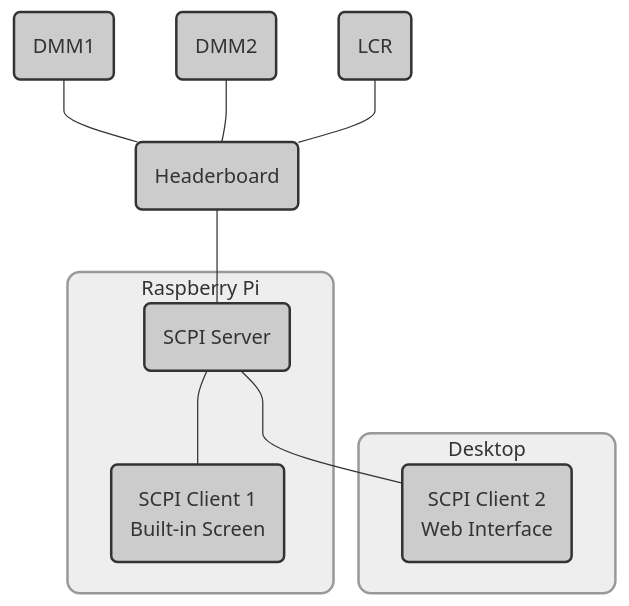
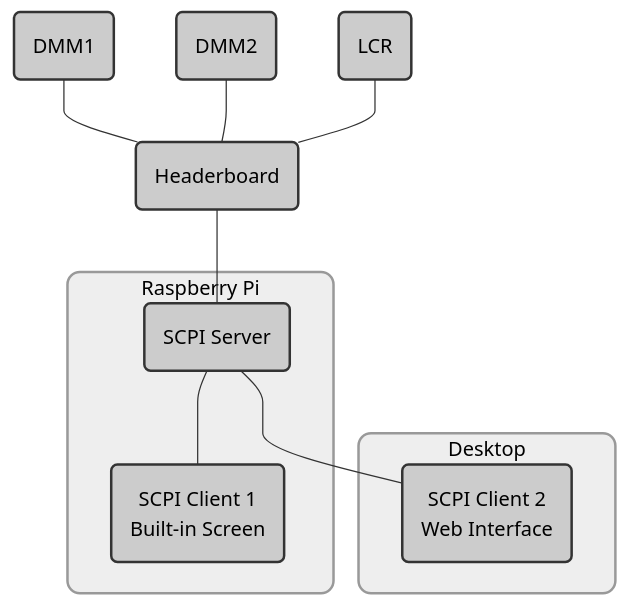
The diagram in README.md (Christopher-Tan/SCPIProject), drawn with Mermaid before and after one commit.

````diff
--- a/README.md
+++ b/README.md
@@ -5,32 +5,32 @@
 ```mermaid
 %%{ init: { "flowchart": { "curve": "monotoneY" } } }%%
 graph TB
     %% Style definitions for the subgraphs (light grey background, rounded corners)
-    style Server fill:#eeeeee,stroke:#999,stroke-width:2px,rx:10,ry:10
-    style Client fill:#eeeeee,stroke:#999,stroke-width:2px,rx:10,ry:10
+    style Server fill:#eeeeee,stroke:#999,stroke-width:2px,rx:10,ry:10,color:#000
+    style Client fill:#eeeeee,stroke:#999,stroke-width:2px,rx:10,ry:10,color:#000
 
     %% Define a class for grey nodes
-    classDef greyNode fill:#cccccc,stroke:#333,stroke-width:2px
+    classDef greyNode fill:#cccccc,stroke:#333,stroke-width:2px,color:#000
 
     DMM1(DMM1)
     DMM2(DMM2)
     LCR(LCR)
     Headerboard(Headerboard)
     DMM1 & DMM2 & LCR --- Headerboard
 
     subgraph Server[Raspberry Pi]
         SCPIServer(SCPI Server)
         SCPIClient1(SCPI Client 1<br>Built-in Screen)
     end
 
     subgraph Client[Desktop]
         SCPIClient2(SCPI Client 2<br>Web Interface)
     end
 
     SCPIServer --- SCPIClient1
     SCPIServer --- SCPIClient2
     Headerboard --- SCPIServer
 
     %% Apply the grey node class to all nodes
     class DMM1,DMM2,LCR,Headerboard,SCPIServer,SCPIClient1,SCPIClient2 greyNode
 ```
````
